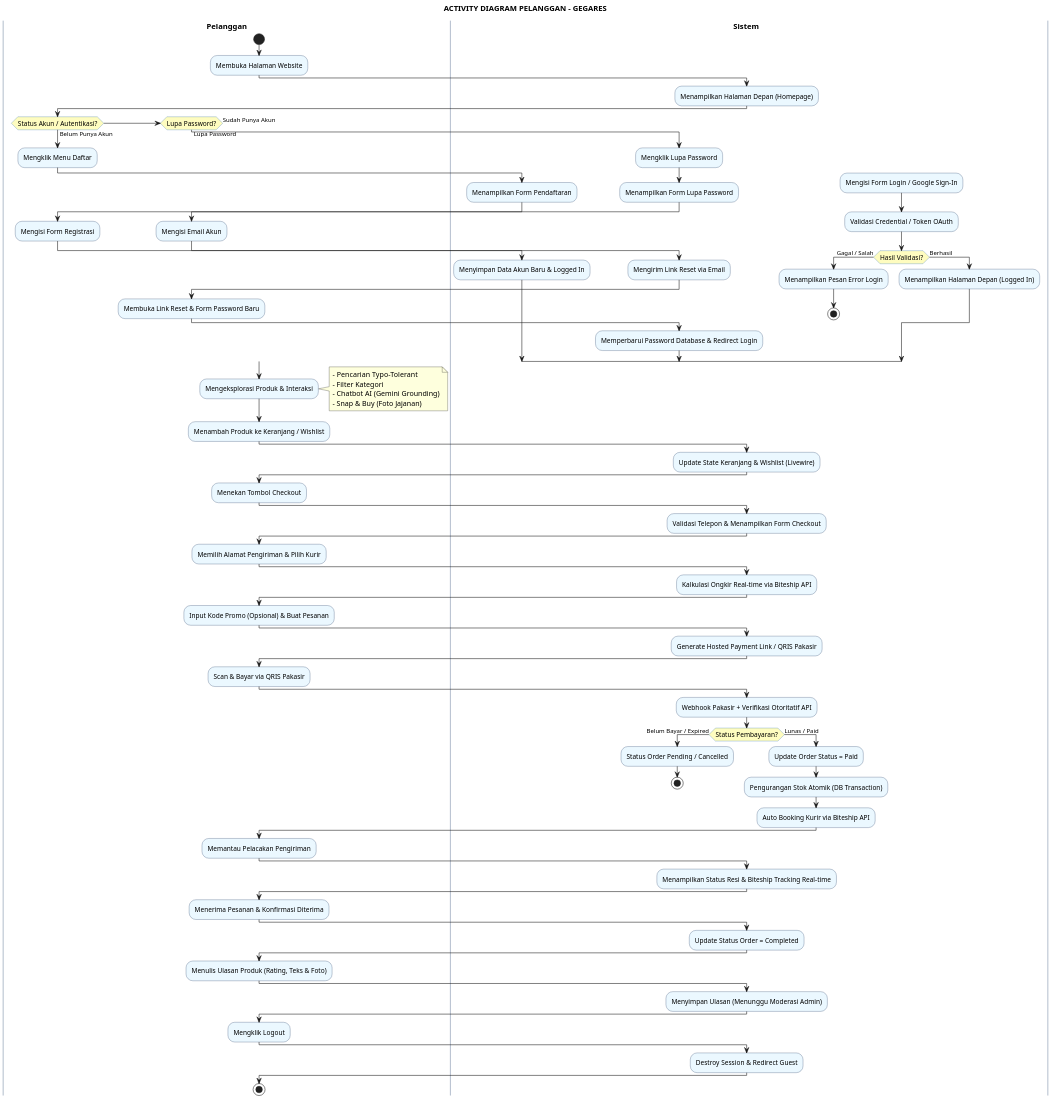
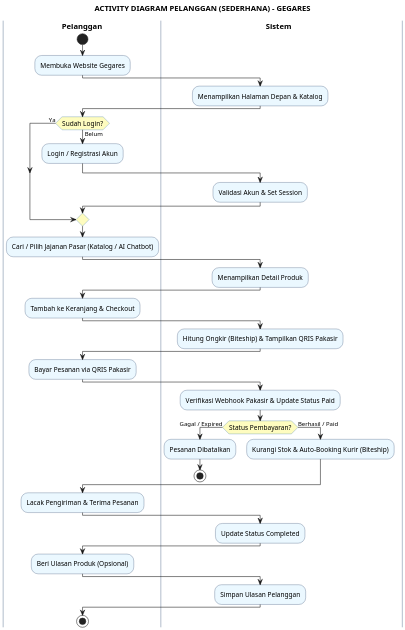
The diagram in activity_diagram_pelanggan.puml (greedykid/gegares_toko), drawn with PlantUML before and after one commit. The commit also changed 11 other files, not shown here.

Commit message:
docs(diagram): simplify activity diagrams for Pelanggan and Admin for cleaner skripsi presentation

```diff
--- a/activity_diagram_pelanggan.puml
+++ b/activity_diagram_pelanggan.puml
@@ -1,128 +1,69 @@
 @startuml
 skinparam dpi 180
 skinparam defaultFontName "SansSerif"
 skinparam ActivityFontSize 12
 skinparam ActivityBorderColor #1A365D
 skinparam ActivityBackgroundColor #EBF8FF
 skinparam ActivityDiamondBorderColor #2B6CB0
 skinparam ActivityDiamondBackgroundColor #FEFCBF
 skinparam SwimlaneTitleFontSize 14
 skinparam SwimlaneTitleFontStyle bold
 skinparam SwimlaneBorderColor #A0AEC0
-skinparam SwimlaneWidth 280
+skinparam SwimlaneWidth 260
 
-title **ACTIVITY DIAGRAM PELANGGAN - GEGARES**
+title **ACTIVITY DIAGRAM PELANGGAN (SEDERHANA) - GEGARES**
 
 |Pelanggan|
 start
-:Membuka Halaman Website;
+:Membuka Website Gegares;
 
 |Sistem|
-:Menampilkan Halaman Depan (Homepage);
+:Menampilkan Halaman Depan & Katalog;
 
 |Pelanggan|
-if (Status Akun / Autentikasi?) then (Belum Punya Akun)
-  :Mengklik Menu Daftar;
+if (Sudah Login?) then (Belum)
+  :Login / Registrasi Akun;
   |Sistem|
-  :Menampilkan Form Pendaftaran;
-  |Pelanggan|
-  :Mengisi Form Registrasi;
-  |Sistem|
-  :Menyimpan Data Akun Baru & Logged In;
-else if (Lupa Password?) then (Lupa Password)
-  :Mengklik Lupa Password;
-  |Sistem|
-  :Menampilkan Form Lupa Password;
-  |Pelanggan|
-  :Mengisi Email Akun;
-  |Sistem|
-  :Mengirim Link Reset via Email;
-  |Pelanggan|
-  :Membuka Link Reset & Form Password Baru;
-  |Sistem|
-  :Memperbarui Password Database & Redirect Login;
-else (Sudah Punya Akun)
-  :Mengisi Form Login / Google Sign-In;
-  |Sistem|
-  :Validasi Credential / Token OAuth;
-  if (Hasil Validasi?) then (Gagal / Salah)
-    :Menampilkan Pesan Error Login;
-    stop
-  else (Berhasil)
-    :Menampilkan Halaman Depan (Logged In);
-  endif
+  :Validasi Akun & Set Session;
+else (Ya)
 endif
 
 |Pelanggan|
-:Mengeksplorasi Produk & Interaksi;
-note right
-  - Pencarian Typo-Tolerant
-  - Filter Kategori
-  - Chatbot AI (Gemini Grounding)
-  - Snap & Buy (Foto Jajanan)
-end note
-
-:Menambah Produk ke Keranjang / Wishlist;
+:Cari / Pilih Jajanan Pasar (Katalog / AI Chatbot);
 
 |Sistem|
-:Update State Keranjang & Wishlist (Livewire);
+:Menampilkan Detail Produk;
 
 |Pelanggan|
-:Menekan Tombol Checkout;
+:Tambah ke Keranjang & Checkout;
 
 |Sistem|
-:Validasi Telepon & Menampilkan Form Checkout;
+:Hitung Ongkir (Biteship) & Tampilkan QRIS Pakasir;
 
 |Pelanggan|
-:Memilih Alamat Pengiriman & Pilih Kurir;
+:Bayar Pesanan via QRIS Pakasir;
 
 |Sistem|
-:Kalkulasi Ongkir Real-time via Biteship API;
-
-|Pelanggan|
-:Input Kode Promo (Opsional) & Buat Pesanan;
-
-|Sistem|
-:Generate Hosted Payment Link / QRIS Pakasir;
-
-|Pelanggan|
-:Scan & Bayar via QRIS Pakasir;
-
-|Sistem|
-:Webhook Pakasir + Verifikasi Otoritatif API;
-if (Status Pembayaran?) then (Belum Bayar / Expired)
-  :Status Order Pending / Cancelled;
+:Verifikasi Webhook Pakasir & Update Status Paid;
+if (Status Pembayaran?) then (Gagal / Expired)
+  :Pesanan Dibatalkan;
   stop
-else (Lunas / Paid)
-  :Update Order Status = Paid;
-  :Pengurangan Stok Atomik (DB Transaction);
-  :Auto Booking Kurir via Biteship API;
+else (Berhasil / Paid)
+  :Kurangi Stok & Auto-Booking Kurir (Biteship);
 endif
 
 |Pelanggan|
-:Memantau Pelacakan Pengiriman;
+:Lacak Pengiriman & Terima Pesanan;
 
 |Sistem|
-:Menampilkan Status Resi & Biteship Tracking Real-time;
+:Update Status Completed;
 
 |Pelanggan|
-:Menerima Pesanan & Konfirmasi Diterima;
+:Beri Ulasan Produk (Opsional);
 
 |Sistem|
-:Update Status Order = Completed;
-
-|Pelanggan|
-:Menulis Ulasan Produk (Rating, Teks & Foto);
-
-|Sistem|
-:Menyimpan Ulasan (Menunggu Moderasi Admin);
-
-|Pelanggan|
-:Mengklik Logout;
-
-|Sistem|
-:Destroy Session & Redirect Guest;
+:Simpan Ulasan Pelanggan;
 
 |Pelanggan|
 stop
 @enduml
```
